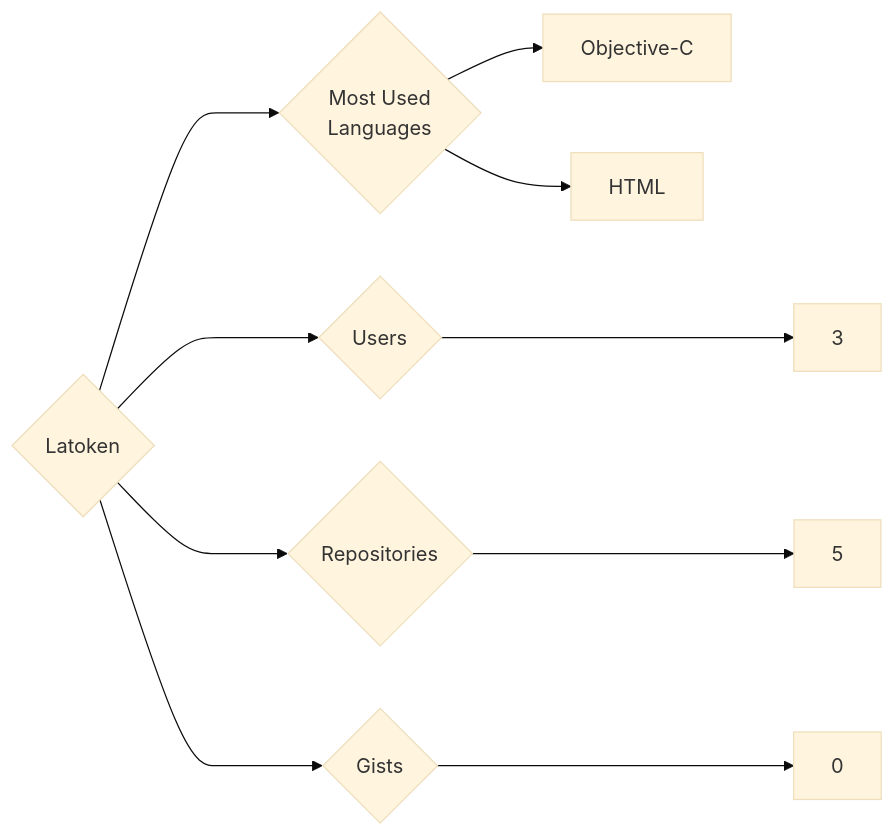
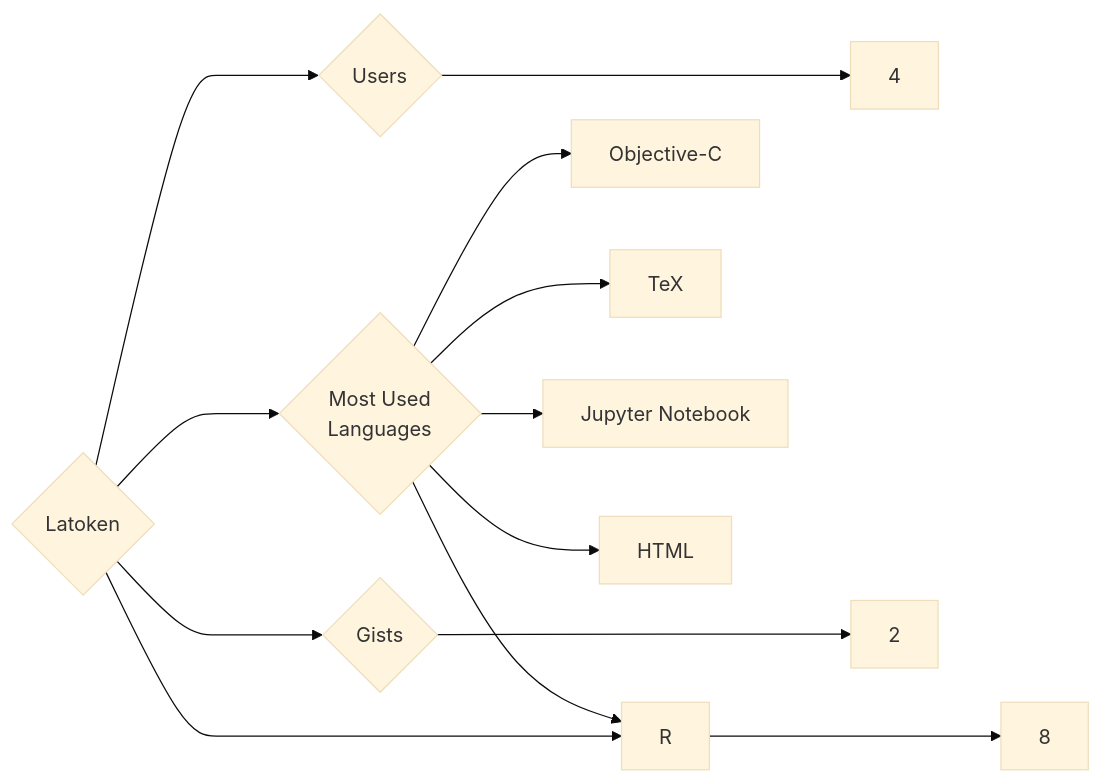
The diagram in targets/Latoken/README.md (trickest/insiders), drawn with Mermaid (base theme) before and after one commit. The commit also changed 1389 other files, not shown here.

````diff
--- a/targets/Latoken/README.md
+++ b/targets/Latoken/README.md
@@ -3,10 +3,13 @@
 ```mermaid
 graph LR
 COMPANY_NAME{Latoken}
-COMPANY_NAME ---> U{Users} ---> UN[3]
-COMPANY_NAME ---> R{Repositories} ---> RN[5]
-COMPANY_NAME ---> G{Gists} ---> GN[0]
+COMPANY_NAME ---> U{Users} ---> UN[4]
+COMPANY_NAME ---> R{Repositories} ---> RN[8]
+COMPANY_NAME ---> G{Gists} ---> GN[2]
 COMPANY_NAME ---> ML{Most Used<br>Languages}
 ML --> Objective-C[Objective-C]
+ML --> TeX[TeX]
+ML --> R[R]
+ML --> Jupyter_Notebook[Jupyter Notebook]
 ML --> HTML[HTML]
 ```
````
